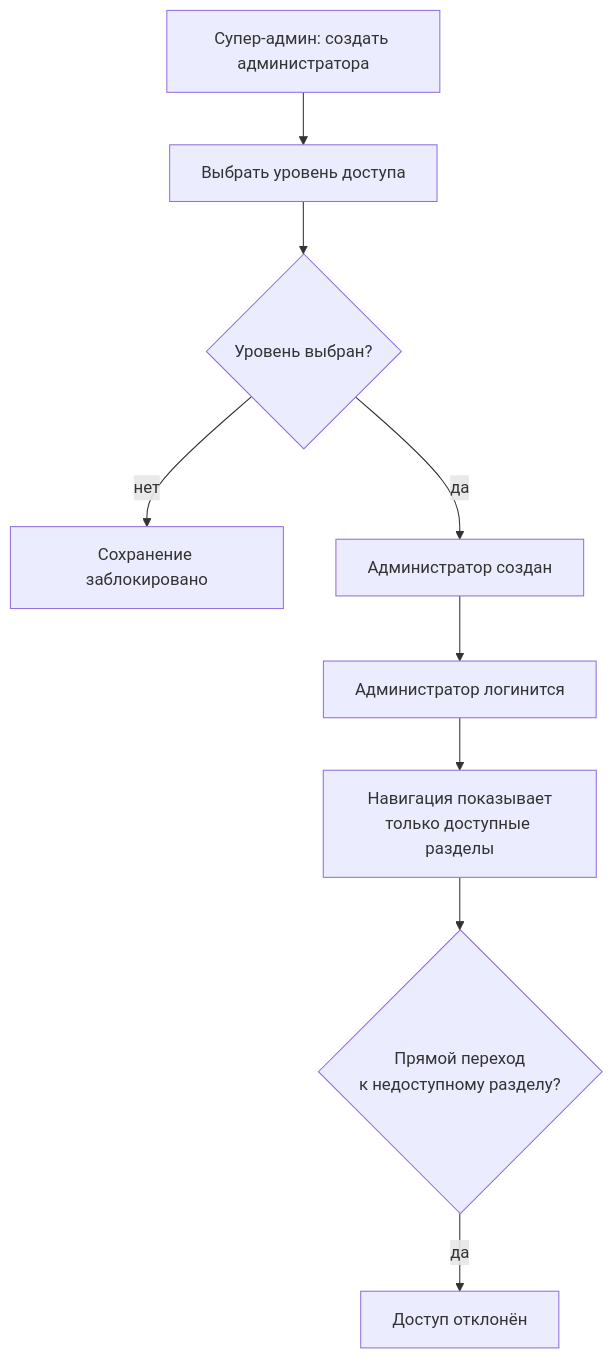
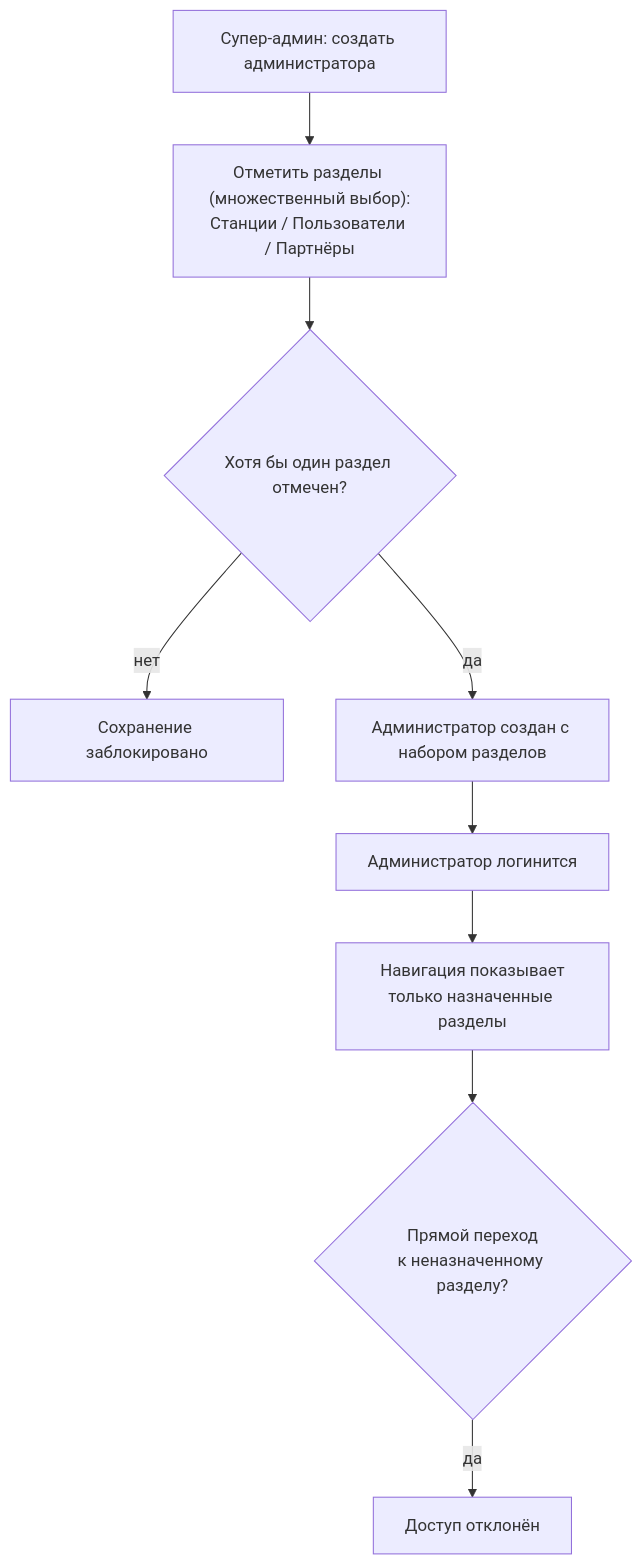
Before and after one commit to yatsin11-gif/example: the first of 3 diagrams in gozap-documentation/sa/docs/admin/admin-roles/diagrams/overview.md, drawn with Mermaid. The commit also changed other lines of this file and 43 other files, not shown here.

````diff
--- a/gozap-documentation/sa/docs/admin/admin-roles/diagrams/overview.md
+++ b/gozap-documentation/sa/docs/admin/admin-roles/diagrams/overview.md
@@ -7,11 +7,11 @@
 ```mermaid
 flowchart TD
-    S1[Супер-админ: создать администратора] --> S2[Выбрать уровень доступа]
-    S2 --> V{Уровень выбран?}
+    S1[Супер-админ: создать администратора] --> S2["Отметить разделы (множественный выбор):<br/>Станции / Пользователи / Партнёры"]
+    S2 --> V{Хотя бы один раздел отмечен?}
     V -->|нет| ERR[Сохранение заблокировано]
-    V -->|да| S3[Администратор создан]
+    V -->|да| S3[Администратор создан с набором разделов]
     S3 --> L[Администратор логинится]
-    L --> N[Навигация показывает<br/>только доступные разделы]
-    N --> D{Прямой переход<br/>к недоступному разделу?}
+    L --> N[Навигация показывает<br/>только назначенные разделы]
+    N --> D{Прямой переход<br/>к неназначенному разделу?}
     D -->|да| BLOCK[Доступ отклонён]
 ```
````
